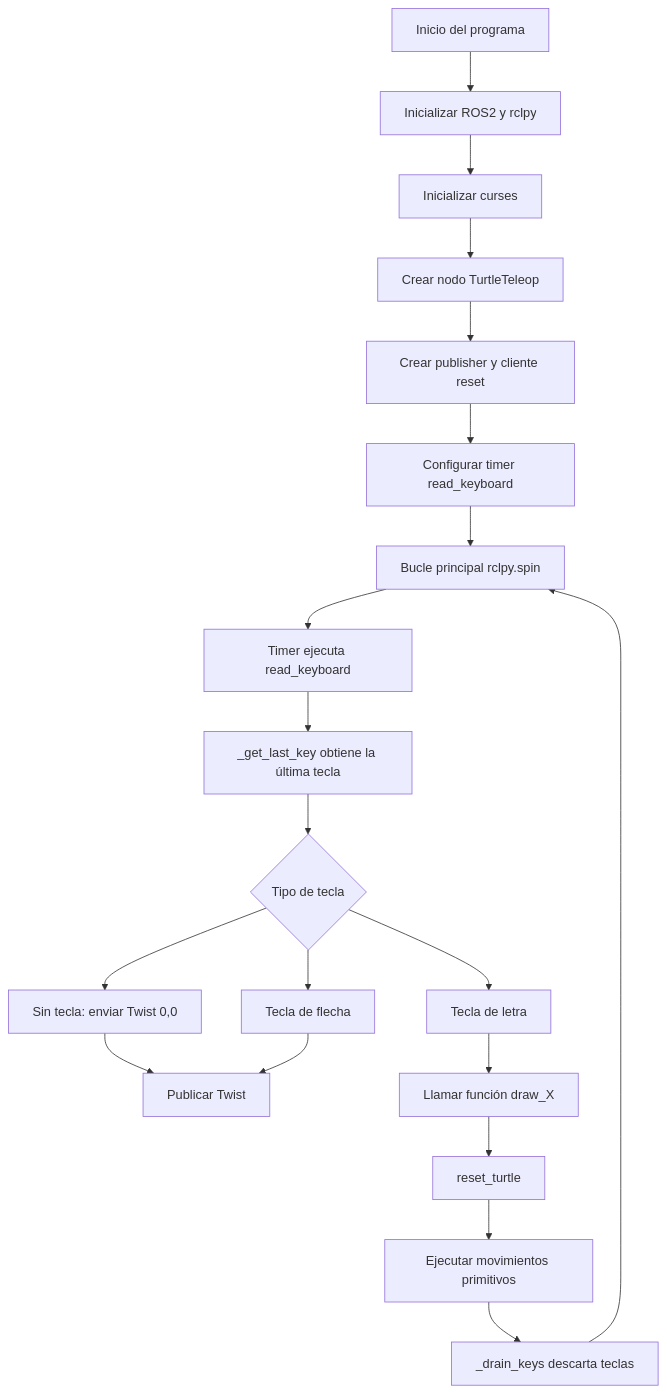
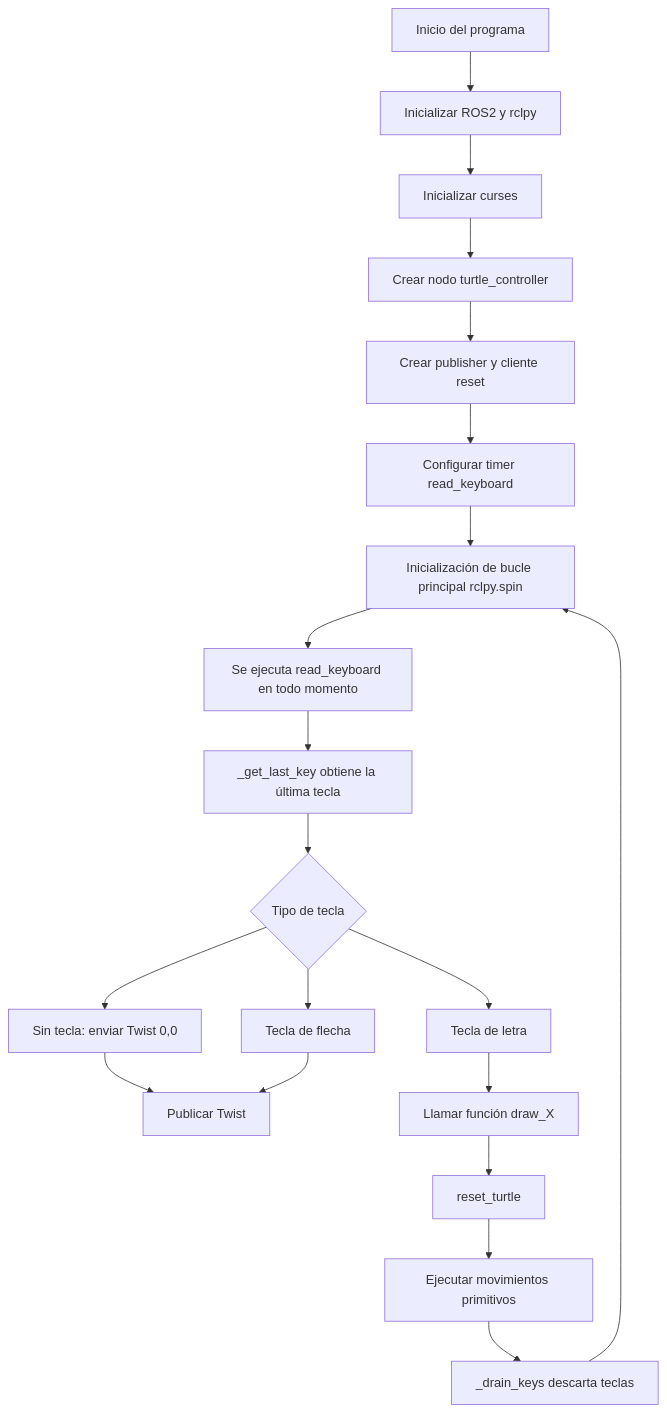
The diagram in README.md (jotavo21/Lab04_Robotica_2025_2), drawn with Mermaid before and after one commit.

````diff
--- a/README.md
+++ b/README.md
@@ -22,27 +22,27 @@
 ```mermaid
 flowchart TD
 
     A[Inicio del programa] --> B[Inicializar ROS2 y rclpy]
     B --> C[Inicializar curses]
-    C --> D[Crear nodo TurtleTeleop]
+    C --> D[Crear nodo turtle_controller]
     D --> E[Crear publisher y cliente reset]
     E --> F[Configurar timer read_keyboard]
-    F --> G[Bucle principal rclpy.spin]
+    F --> G[Inicialización de bucle principal rclpy.spin]
 
-    G --> H[Timer ejecuta read_keyboard]
+    G --> H[Se ejecuta read_keyboard en todo momento]
     H --> I[_get_last_key obtiene la última tecla]
 
     I --> J{Tipo de tecla}
     J --> K[Sin tecla: enviar Twist 0,0]
     J --> L[Tecla de flecha]
     J --> M[Tecla de letra]
 
     K --> N[Publicar Twist]
     L --> N
 
     M --> O[Llamar función draw_X]
     O --> P[reset_turtle]
     P --> Q[Ejecutar movimientos primitivos]
     Q --> R[_drain_keys descarta teclas]
     R --> G
 ```
````
